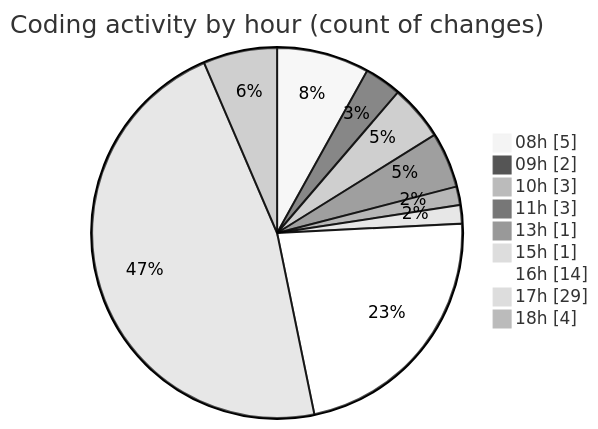
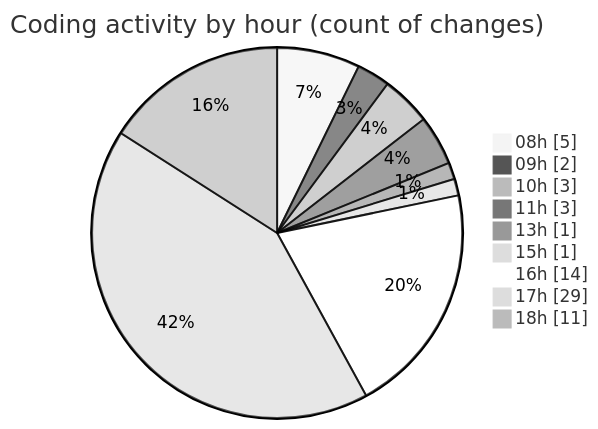
Before and after one commit to julien-gomy/code-tracking: the second of 2 diagrams in 2025-10-27/eventscop-frontend-guide__workspace_/README.md, drawn with Mermaid (neutral theme). The commit also changed other lines of this file and 1 other file, not shown here.

````diff
--- a/2025-10-27/eventscop-frontend-guide__workspace_/README.md
+++ b/2025-10-27/eventscop-frontend-guide__workspace_/README.md
@@ -43,13 +43,13 @@
 ```mermaid
 pie showData
 title Coding activity by hour (count of changes)
 "08h" : 5
 "09h" : 2
 "10h" : 3
 "11h" : 3
 "13h" : 1
 "15h" : 1
 "16h" : 14
 "17h" : 29
-"18h" : 4
+"18h" : 11
 ```
````
